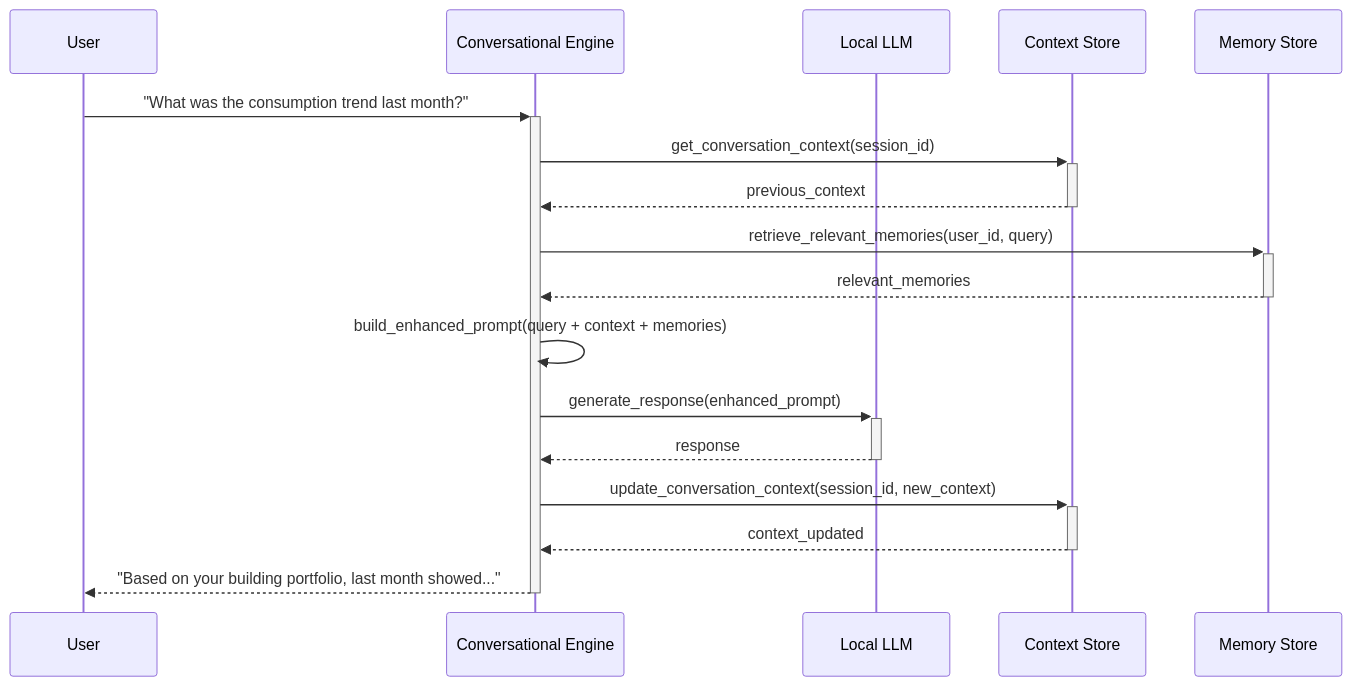
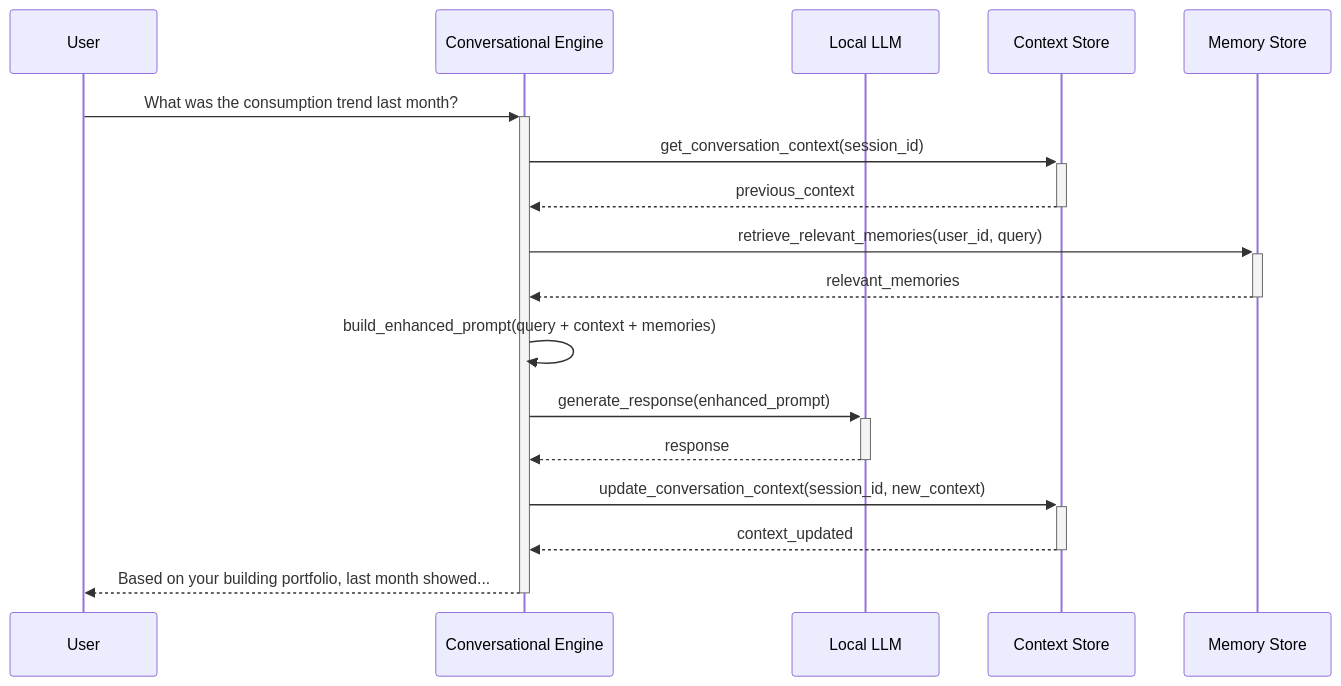
One commit to fistdat/EAIO-LLM-local changed the eighth of 13 diagrams in .cursor/architecture/application/sequence_diagrams.md. Above: the diagram before and after it, drawn with Mermaid. The commit also changed other lines of this file, not shown here.

First line of the commit message:
🔧 Fix all remaining Mermaid syntax errors

````diff
--- a/.cursor/architecture/application/sequence_diagrams.md
+++ b/.cursor/architecture/application/sequence_diagrams.md
@@ -316,24 +316,24 @@
 ```mermaid
 sequenceDiagram
     participant User as User
     participant CE as Conversational Engine
     participant LLM as Local LLM
     participant CS as Context Store
     participant MS as Memory Store
 
-    User->>+CE: "What was the consumption trend last month?"
+    User->>+CE: What was the consumption trend last month?
     CE->>+CS: get_conversation_context(session_id)
     CS-->>-CE: previous_context
     
     CE->>+MS: retrieve_relevant_memories(user_id, query)
     MS-->>-CE: relevant_memories
     
     CE->>CE: build_enhanced_prompt(query + context + memories)
     CE->>+LLM: generate_response(enhanced_prompt)
     LLM-->>-CE: response
     
     CE->>+CS: update_conversation_context(session_id, new_context)
     CS-->>-CE: context_updated
     
-    CE-->>-User: "Based on your building portfolio, last month showed..."
+    CE-->>-User: Based on your building portfolio, last month showed...
 ```
````
